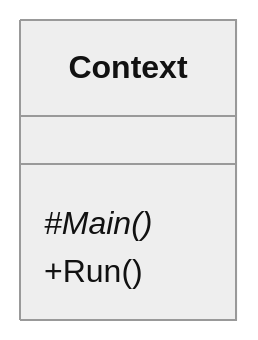
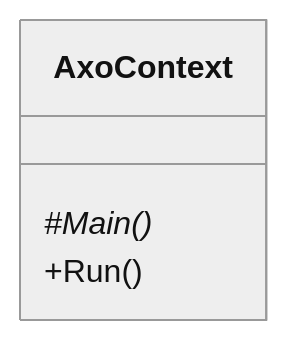
The first of 5 diagrams in src/core/ctrl/README.md (ix-ax/AXOpen), drawn with Mermaid (neutral theme) before and after one commit. The commit also changed other lines of this file and 150 other files, not shown here.

````diff
--- a/src/core/ctrl/README.md
+++ b/src/core/ctrl/README.md
@@ -14,7 +14,7 @@
 ```mermaid
   classDiagram 
-    class Context{
+    class AxoContext{
         #Main()*
         +Run()
     }     
 ```
````
